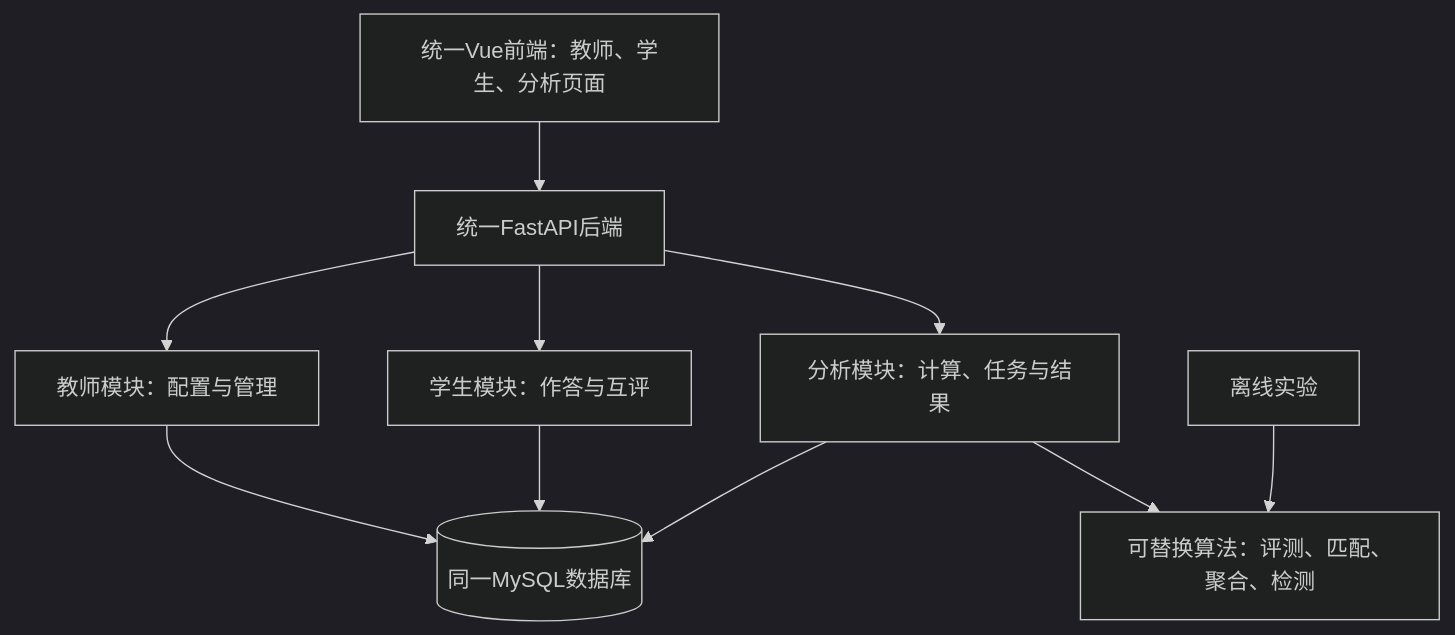
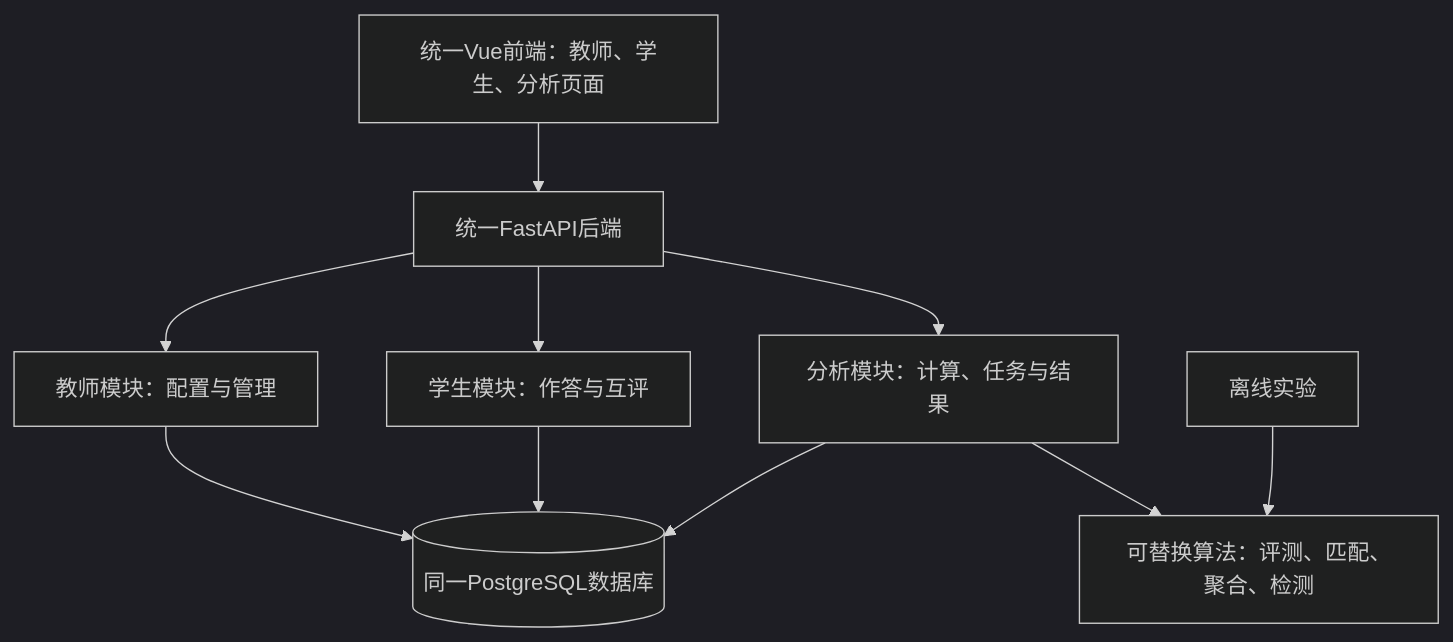
One commit to CuFe-hust/Algorithm_CourseDesign changed the diagram in MAIN.md. Above: the diagram before and after it, drawn with Mermaid (dark theme). The commit also changed other lines of this file and 56 other files, not shown here.

````diff
--- a/MAIN.md
+++ b/MAIN.md
@@ -47,12 +47,12 @@
 ```mermaid
 flowchart TB
     UI[统一Vue前端：教师、学生、分析页面] --> API[统一FastAPI后端]
     API --> T[教师模块：配置与管理]
     API --> S[学生模块：作答与互评]
     API --> A[分析模块：计算、任务与结果]
-    T --> DB[(同一MySQL数据库)]
+    T --> DB[(同一PostgreSQL数据库)]
     S --> DB
     A --> DB
     A --> ALG[可替换算法：评测、匹配、聚合、检测]
     EXP[离线实验] --> ALG
 ```
````
